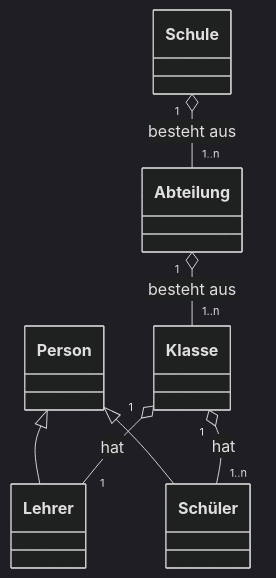
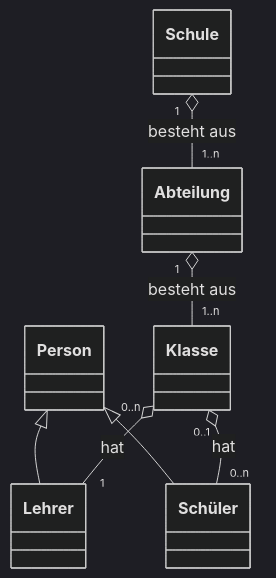
One commit to fabian-wolf09/Schule changed the diagram in notes.md. Above: the diagram before and after it, drawn with Mermaid (dark theme).

Commit message:
UML Anpassung

```diff
--- a/notes.md
+++ b/notes.md
@@ -14,17 +14,17 @@
 :::mermaid
 classDiagram
     Person <|-- Schüler
     Person <|-- Lehrer
 
     Schule "1" o-- "1..n" Abteilung : besteht aus
     Abteilung "1" o-- "1..n" Klasse : besteht aus
-    Klasse "1" o-- "1" Lehrer : hat
-    Klasse "1" o-- "1..n" Schüler : hat
+    Klasse "0..n" o-- "1" Lehrer : hat
+    Klasse "0..1" o-- "0..n" Schüler : hat
 
     class Person
     class Schule
     class Abteilung
     class Klasse
     class Lehrer
     class Schüler
 :::
```
